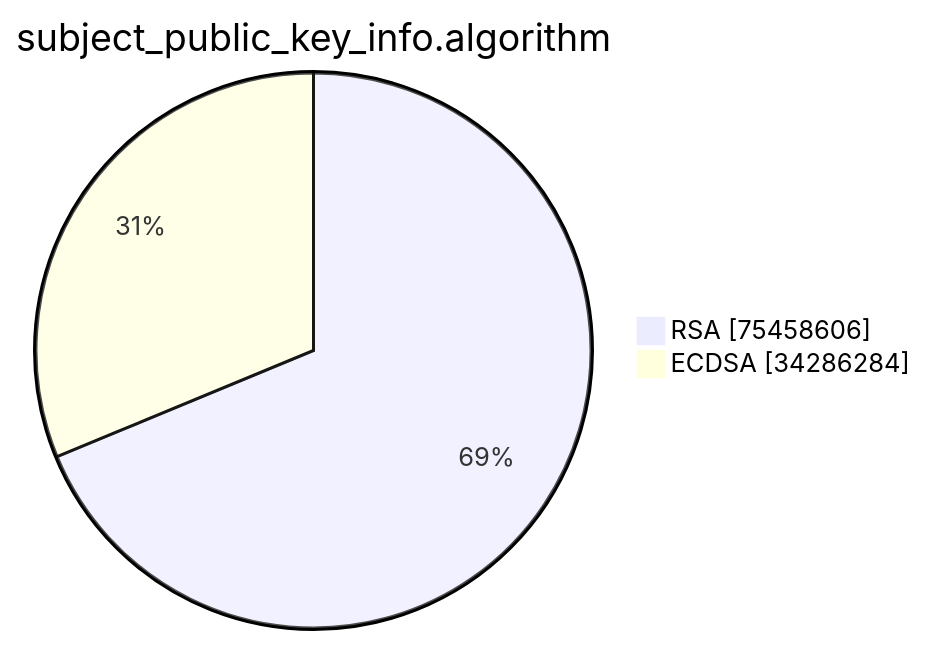
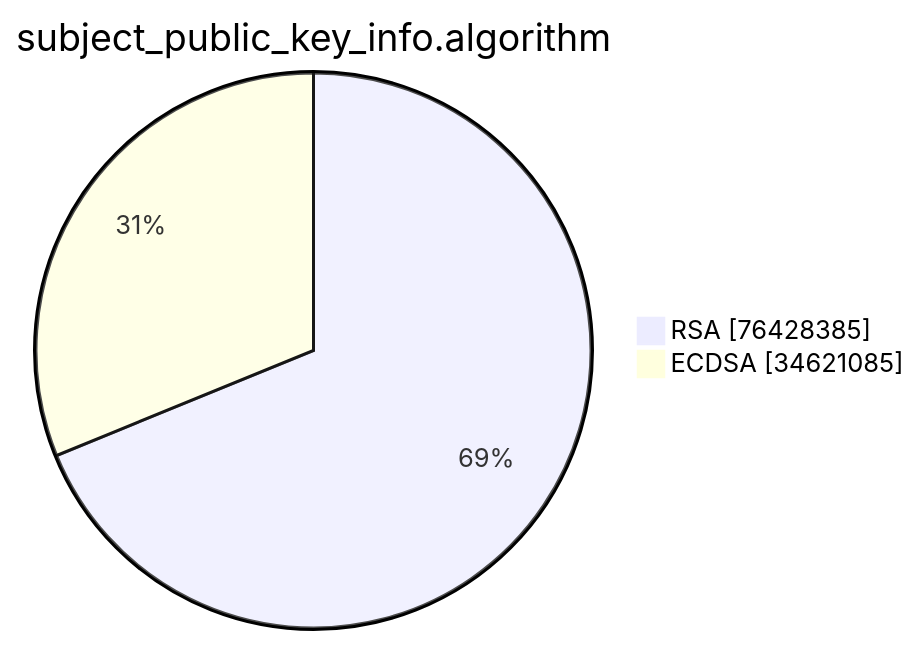
The second of 15 diagrams in xenon2023/README.md (christiankrug/ctmonitor_visualization), drawn with Mermaid before and after one commit. The commit also changed other lines of this file, not shown here.

````diff
--- a/xenon2023/README.md
+++ b/xenon2023/README.md
@@ -6,6 +6,6 @@
 ```mermaid
 pie showData
 title subject_public_key_info.algorithm
-"RSA" :75458606
-"ECDSA" :34286284
+"RSA" :76428385
+"ECDSA" :34621085
 ```
````
